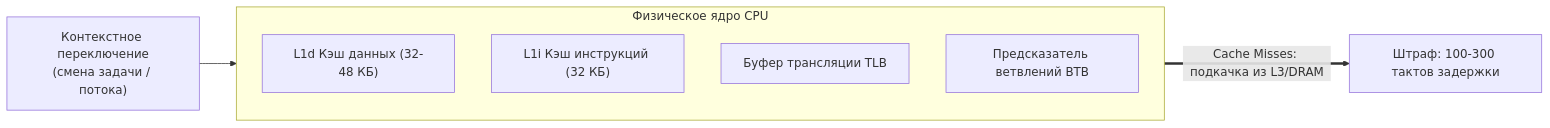
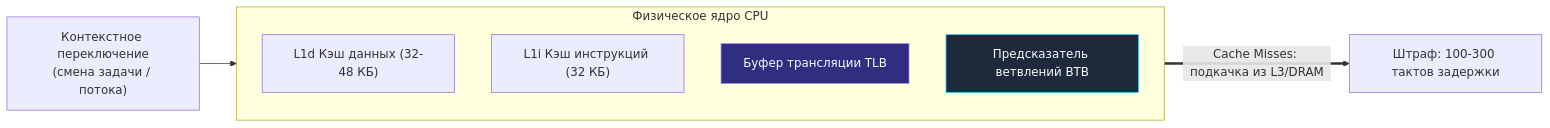
Before and after one commit to UnrealTemplier/go-textbook: the second of 2 diagrams in sources/16. Профилирование, отладка и производительность/06. Конкурентность/4. Контекстные переключения.md, drawn with Mermaid. The commit also changed other lines of this file and 1666 other files, not shown here.

First line of the commit message:
feat(mermaid): add semantic color classDef to 1369 colorless flowchart/graph diagrams

````diff
--- a/sources/16. Профилирование, отладка и производительность/06. Конкурентность/4. Контекстные переключения.md
+++ b/sources/16. Профилирование, отладка и производительность/06. Конкурентность/4. Контекстные переключения.md
@@ -172,12 +182,22 @@
 ```mermaid
 flowchart LR
+    classDef process  fill:#1e293b,stroke:#38bdf8,stroke-width:1px,color:#f8fafc
+    classDef success  fill:#064e3b,stroke:#34d399,stroke-width:1px,color:#f8fafc
+    classDef error    fill:#7f1d1d,stroke:#f87171,stroke-width:1px,color:#f8fafc
+    classDef warning  fill:#78350f,stroke:#fbbf24,stroke-width:1px,color:#f8fafc
+    classDef entry    fill:#1e3a5f,stroke:#38bdf8,stroke-width:2px,color:#f8fafc
+    classDef aux      fill:#334155,stroke:#64748b,stroke-width:1px,color:#f8fafc
+    classDef system   fill:#312e81,stroke:#a78bfa,stroke-width:1px,color:#f8fafc
+    classDef data     fill:#132d29,stroke:#2dd4bf,stroke-width:1px,color:#f8fafc
+    classDef network  fill:#881337,stroke:#fb7185,stroke-width:1px,color:#f8fafc
+    classDef accent   fill:#1e1b4b,stroke:#818cf8,stroke-width:1px,color:#f8fafc
     subgraph CPU_Core ["Физическое ядро CPU"]
         L1d["L1d Кэш данных (32-48 КБ)"]
         L1i["L1i Кэш инструкций (32 КБ)"]
-        TLB["Буфер трансляции TLB"]
-        BTB["Предсказатель ветвлений BTB"]
+        TLB["Буфер трансляции TLB"]:::system
+        BTB["Предсказатель ветвлений BTB"]:::process
     end
 
     Switch["Контекстное переключение<br/>(смена задачи / потока)"] --> CPU_Core
     CPU_Core ==>|"Cache Misses: подкачка из L3/DRAM"| Penalty["Штраф: 100-300 тактов задержки"]
 ```
````
